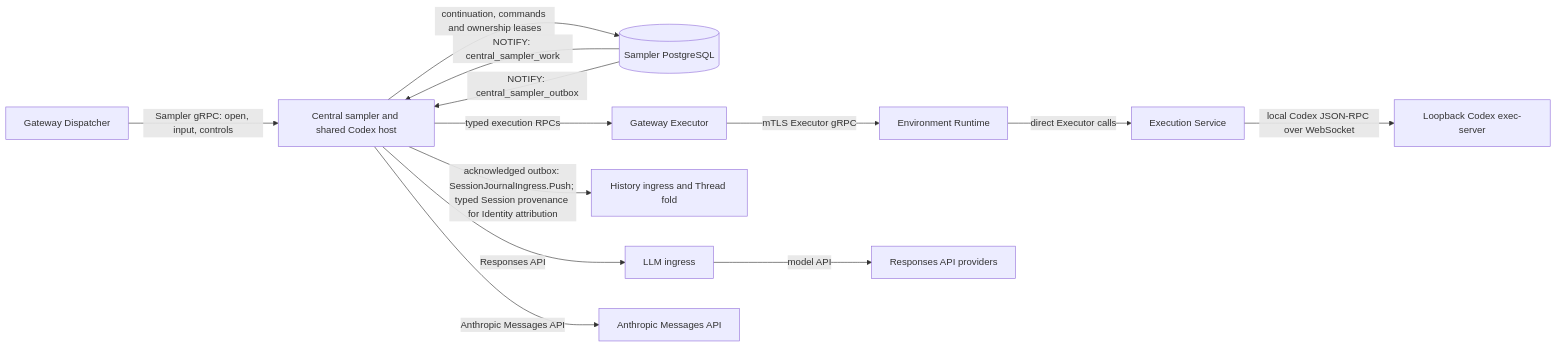
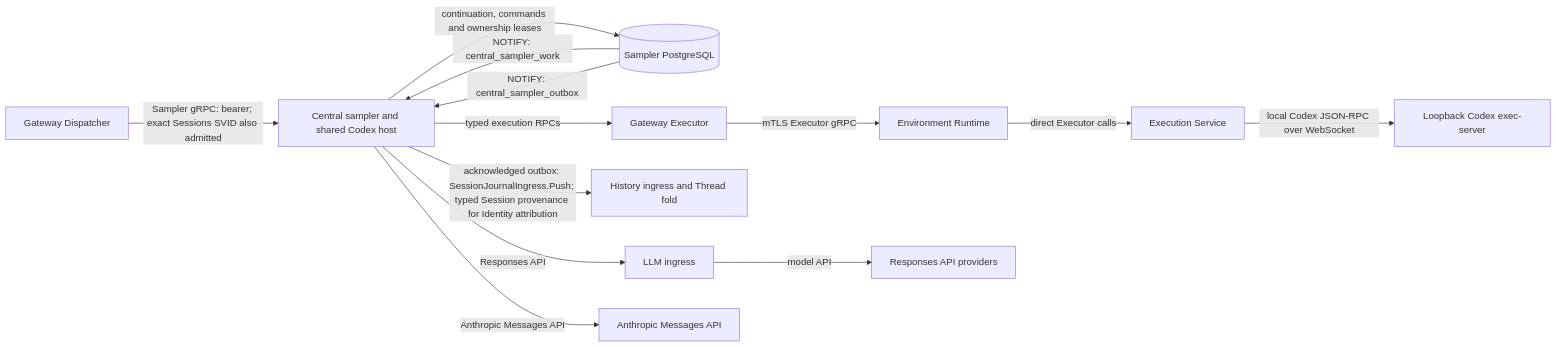
The fourth of 18 diagrams in agentplane/docs/system_overview.md (agentydragon/ducktape), drawn with Mermaid before and after one commit. The commit also changed other lines of this file and 3 other files, not shown here.

Commit message:
Admit Sessions service SVID on the sampler TLS listener

````diff
--- a/agentplane/docs/system_overview.md
+++ b/agentplane/docs/system_overview.md
@@ -356,25 +356,25 @@
 ```mermaid
 flowchart LR
     dispatcher[Gateway Dispatcher]
     sampler[Central sampler and shared Codex host]
     db[(Sampler PostgreSQL)]
     gateway[Gateway Executor]
     runtime[Environment Runtime]
     execution[Execution Service]
     executor[Loopback Codex exec-server]
     history[History ingress and Thread fold]
     llm[LLM ingress]
     responses[Responses API providers]
     anthropic[Anthropic Messages API]
-    dispatcher -->|Sampler gRPC: open, input, controls| sampler
+    dispatcher -->|Sampler gRPC: bearer; exact Sessions SVID also admitted| sampler
     sampler -->|continuation, commands and ownership leases| db
     db -->|NOTIFY: central_sampler_work| sampler
     db -->|NOTIFY: central_sampler_outbox| sampler
     sampler -->|typed execution RPCs| gateway
     gateway -->|mTLS Executor gRPC| runtime
     runtime -->|direct Executor calls| execution
     execution -->|local Codex JSON-RPC over WebSocket| executor
     sampler -->|acknowledged outbox: SessionJournalIngress.Push; typed Session provenance for Identity attribution| history
     sampler -->|Responses API| llm -->|model API| responses
     sampler -->|Anthropic Messages API| anthropic
 ```
````
